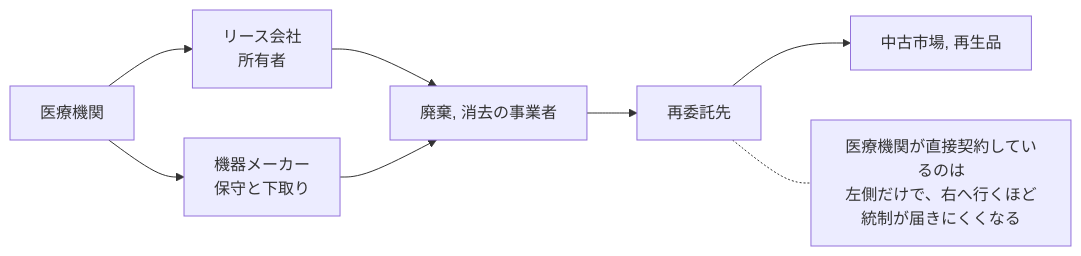
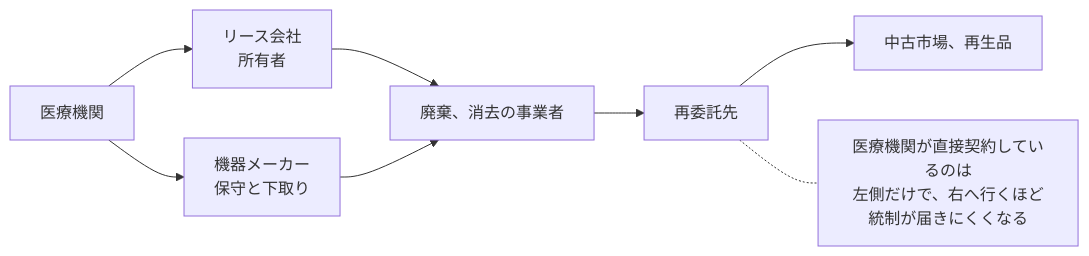
One commit to scgajge12/awesome-healthcare-security changed the diagram in docs/technology/media-disposal.md. Above: the diagram before and after it, drawn with Mermaid. The commit also changed 40 other files, not shown here.

````diff
--- a/docs/technology/media-disposal.md
+++ b/docs/technology/media-disposal.md
@@ -95,12 +95,12 @@
 ```mermaid
 flowchart LR
     H["医療機関"] --> L["リース会社<br>所有者"]
     H --> V["機器メーカー<br>保守と下取り"]
-    L --> D["廃棄, 消去の事業者"]
+    L --> D["廃棄、消去の事業者"]
     V --> D
     D --> D2["再委託先"]
-    D2 --> M["中古市場, 再生品"]
+    D2 --> M["中古市場、再生品"]
 
     N["医療機関が直接契約しているのは<br>左側だけで、右へ行くほど<br>統制が届きにくくなる"]
     D2 -.- N
 ```
````
